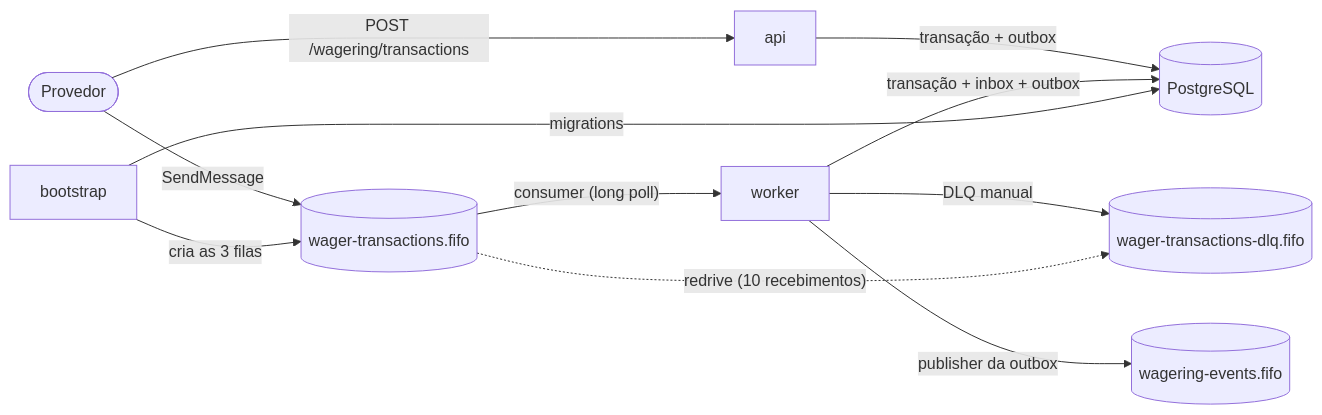
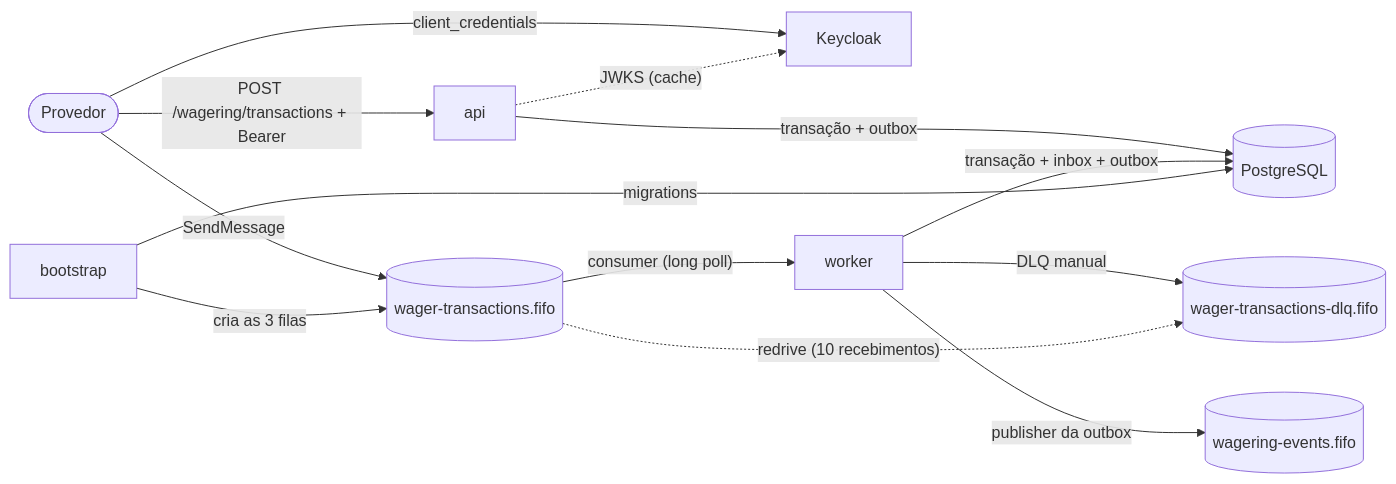
Before and after one commit to bruneckel/backend-challenge: the first of 2 diagrams in ARCHITECTURE.md, drawn with Mermaid. The commit also changed other lines of this file and 2 other files, not shown here.

````diff
--- a/ARCHITECTURE.md
+++ b/ARCHITECTURE.md
@@ -9,13 +9,15 @@
 ```mermaid
 flowchart LR
-  provider([Provedor]) -- "POST /wagering/transactions" --> api
+  provider([Provedor]) -- "client_credentials" --> keycloak[Keycloak]
+  provider -- "POST /wagering/transactions + Bearer" --> api
+  api -. "JWKS (cache)" .-> keycloak
   provider -- SendMessage --> commands[(wager-transactions.fifo)]
   commands -- "consumer (long poll)" --> worker
   worker -- "DLQ manual" --> dlq[(wager-transactions-dlq.fifo)]
   commands -. "redrive (10 recebimentos)" .-> dlq
   api -- "transação + outbox" --> pg[(PostgreSQL)]
   worker -- "transação + inbox + outbox" --> pg
   worker -- "publisher da outbox" --> events[(wagering-events.fifo)]
   bootstrap -- "migrations" --> pg
   bootstrap -- "cria as 3 filas" --> commands
 ```
````
